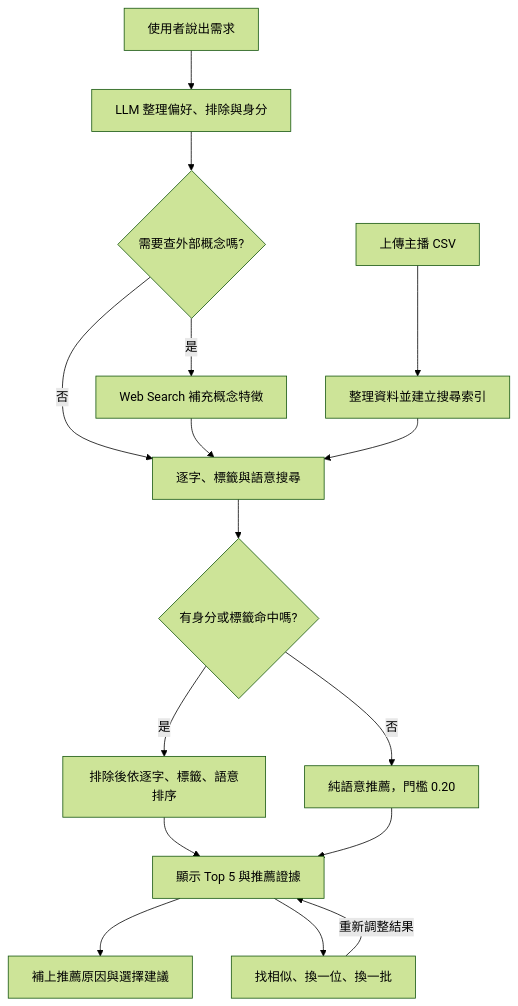
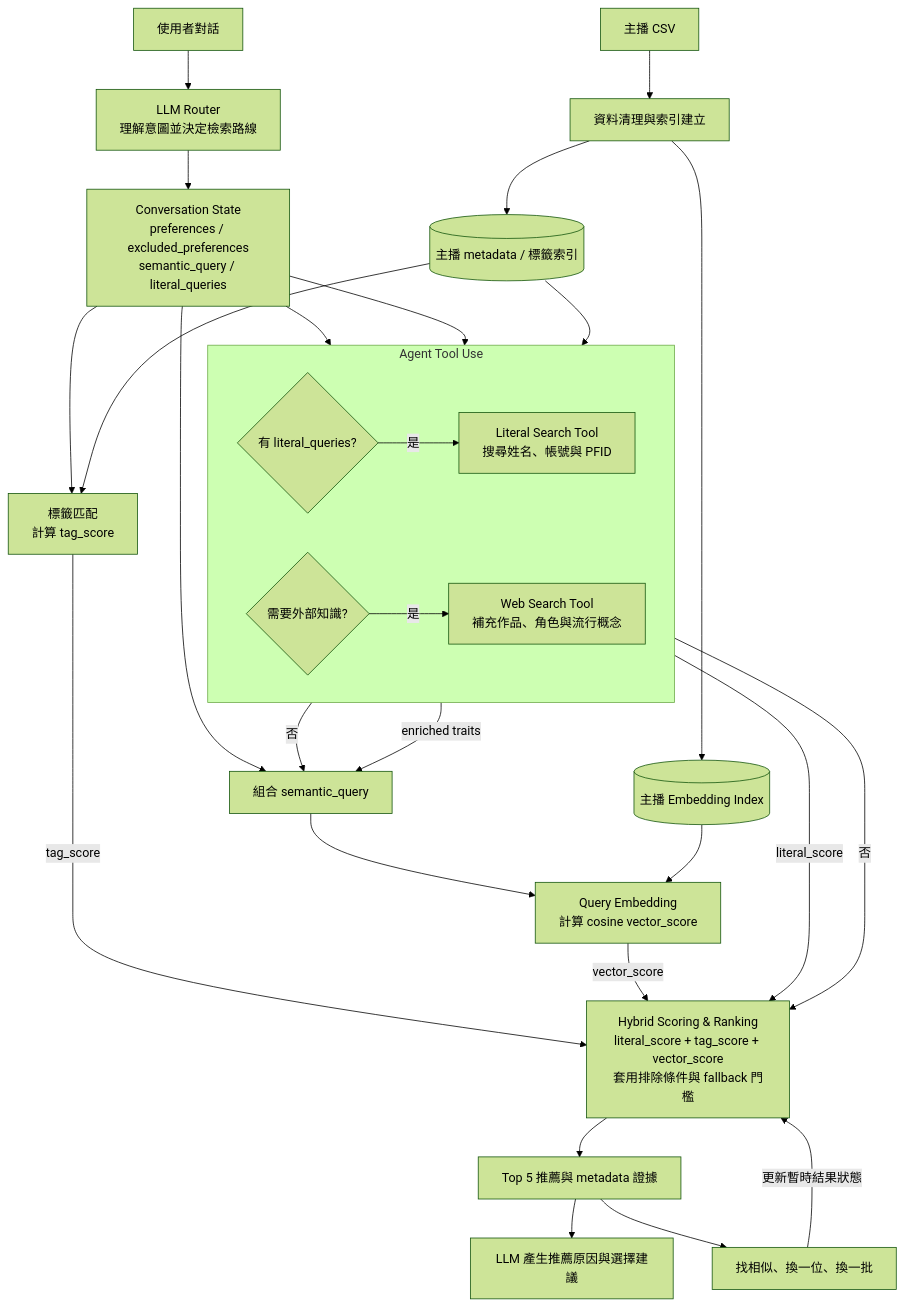
One commit to zzzpatr/streamer_recommend changed the first of 2 diagrams in README.md. Above: the diagram before and after it, drawn with Mermaid (forest theme).

Commit message:
flow chart update

````diff
--- a/README.md
+++ b/README.md
@@ -46,18 +46,36 @@
 ```mermaid
 flowchart TD
-    CSV[上傳主播 CSV] --> PREP[整理資料並建立搜尋索引]
-    INPUT[使用者說出需求] --> STATE[LLM 整理偏好、排除與身分]
-    STATE --> WEB{需要查外部概念嗎?}
-    WEB -- 是 --> EXPAND[Web Search 補充概念特徵]
-    WEB -- 否 --> RETRIEVE[逐字、標籤與語意搜尋]
-    EXPAND --> RETRIEVE
-    PREP --> RETRIEVE
-    RETRIEVE --> CANDIDATE{有身分或標籤命中嗎?}
-    CANDIDATE -- 是 --> RANK[排除後依逐字、標籤、語意排序]
-    CANDIDATE -- 否 --> SEMANTIC[純語意推薦，門檻 0.20]
-    RANK --> TOP[顯示 Top 5 與推薦證據]
-    SEMANTIC --> TOP
-    TOP --> SUMMARY[補上推薦原因與選擇建議]
+    INPUT[使用者對話] --> ROUTER[LLM Router<br/>理解意圖並決定檢索路線]
+    ROUTER --> STATE[Conversation State<br/>preferences / excluded_preferences<br/>semantic_query / literal_queries]
+
+    CSV[主播 CSV] --> PREP[資料清理與索引建立]
+    PREP --> META[(主播 metadata / 標籤索引)]
+    PREP --> STREAMER_EMBED[(主播 Embedding Index)]
+
+    subgraph AGENT[Agent Tool Use]
+        direction LR
+        LITERAL{有 literal_queries?} -- 是 --> LITERAL_TOOL[Literal Search Tool<br/>搜尋姓名、帳號與 PFID]
+        WEB{需要外部知識?} -- 是 --> WEB_TOOL[Web Search Tool<br/>補充作品、角色與流行概念]
+    end
+
+    STATE --> LITERAL
+    STATE --> WEB
+    STATE --> TAG[標籤匹配<br/>計算 tag_score]
+    STATE --> SEMANTIC[組合 semantic_query]
+    WEB -- 否 --> SEMANTIC
+    WEB_TOOL -->|enriched traits| SEMANTIC
+    SEMANTIC --> QUERY_EMBED[Query Embedding<br/>計算 cosine vector_score]
+
+    META --> LITERAL_TOOL
+    META --> TAG
+    STREAMER_EMBED --> QUERY_EMBED
+
+    LITERAL_TOOL -->|literal_score| SCORE[Hybrid Scoring & Ranking<br/>literal_score + tag_score + vector_score<br/>套用排除條件與 fallback 門檻]
+    LITERAL -- 否 --> SCORE
+    TAG -->|tag_score| SCORE
+    QUERY_EMBED -->|vector_score| SCORE
+    SCORE --> TOP[Top 5 推薦與 metadata 證據]
+    TOP --> SUMMARY[LLM 產生推薦原因與選擇建議]
     TOP --> CONTROL[找相似、換一位、換一批]
-    CONTROL -- 重新調整結果 --> TOP
+    CONTROL -->|更新暫時結果狀態| SCORE
 ```
````
